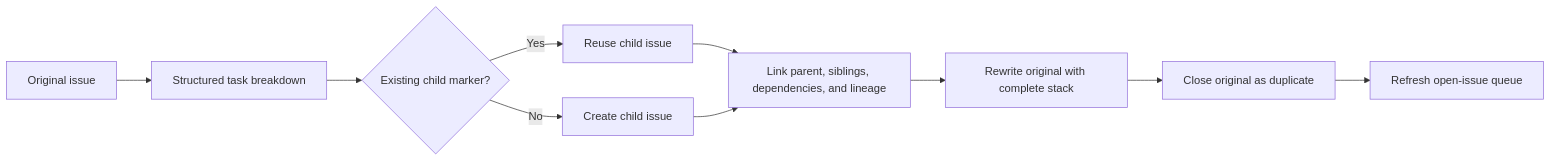
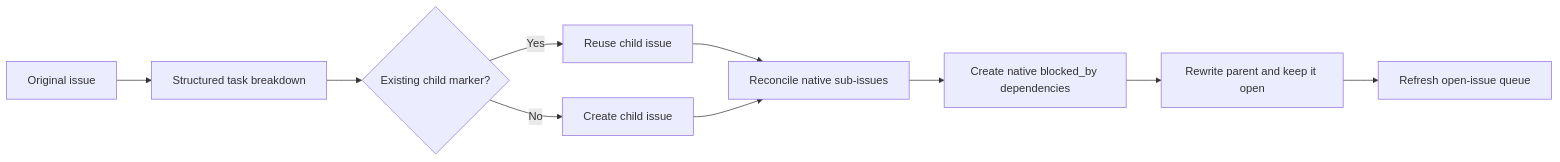
One commit to beremaran/ralphie changed the third of 3 diagrams in docs/workflows.md. Above: the diagram before and after it, drawn with Mermaid. The commit also changed other lines of this file and 24 other files, not shown here.

First line of the commit message:
Use native GitHub sub-issues and dependencies for decomposition

````diff
--- a/docs/workflows.md
+++ b/docs/workflows.md
@@ -140,12 +145,12 @@
 ```mermaid
 flowchart LR
     A[Original issue] --> B[Structured task breakdown]
     B --> C{Existing child marker?}
     C -->|Yes| D[Reuse child issue]
     C -->|No| E[Create child issue]
-    D --> F[Link parent, siblings, dependencies, and lineage]
+    D --> F[Reconcile native sub-issues]
     E --> F
-    F --> G[Rewrite original with complete stack]
-    G --> H[Close original as duplicate]
+    F --> G[Create native blocked_by dependencies]
+    G --> H[Rewrite parent and keep it open]
     H --> I[Refresh open-issue queue]
 ```
````
